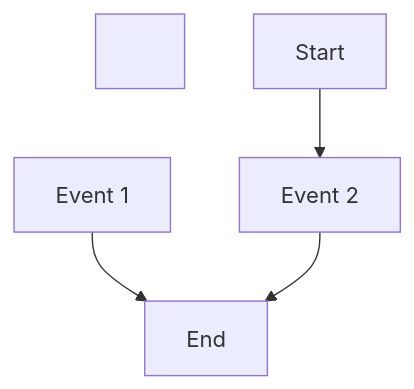
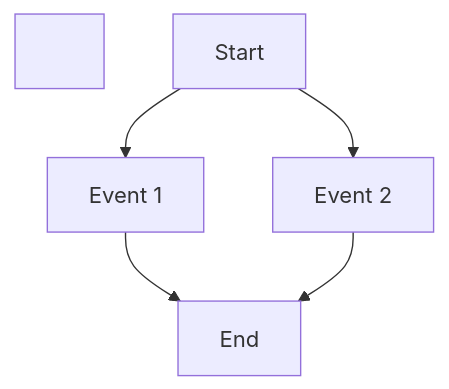
The diagram in README.md (LbsLundAW/DiceGame-Examples), drawn with Mermaid before and after one commit.

````diff
--- a/README.md
+++ b/README.md
@@ -7,15 +7,13 @@
 ```mermaid
 
 graph TD;
 
-&nbsp;	A\[Start]
-
-&nbsp;	B\[Event 1]
+&nbsp;	A\[Start]-->B\[Event 1]
 
 &nbsp;	A\[Start]-->C\[Event 2]
 
 &nbsp;	B\[Event 1]-->D\[End]
 
 &nbsp;	C\[Event 2]-->D\[End]
 
 ```
````
